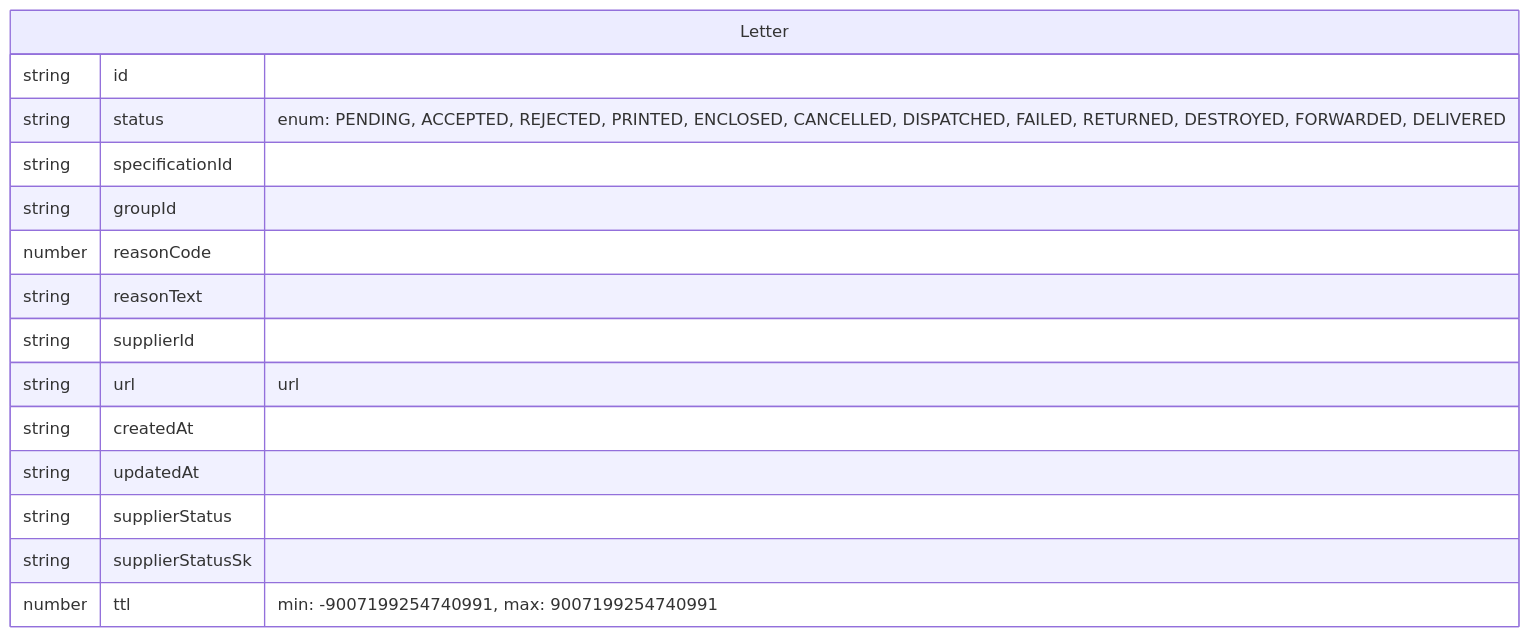
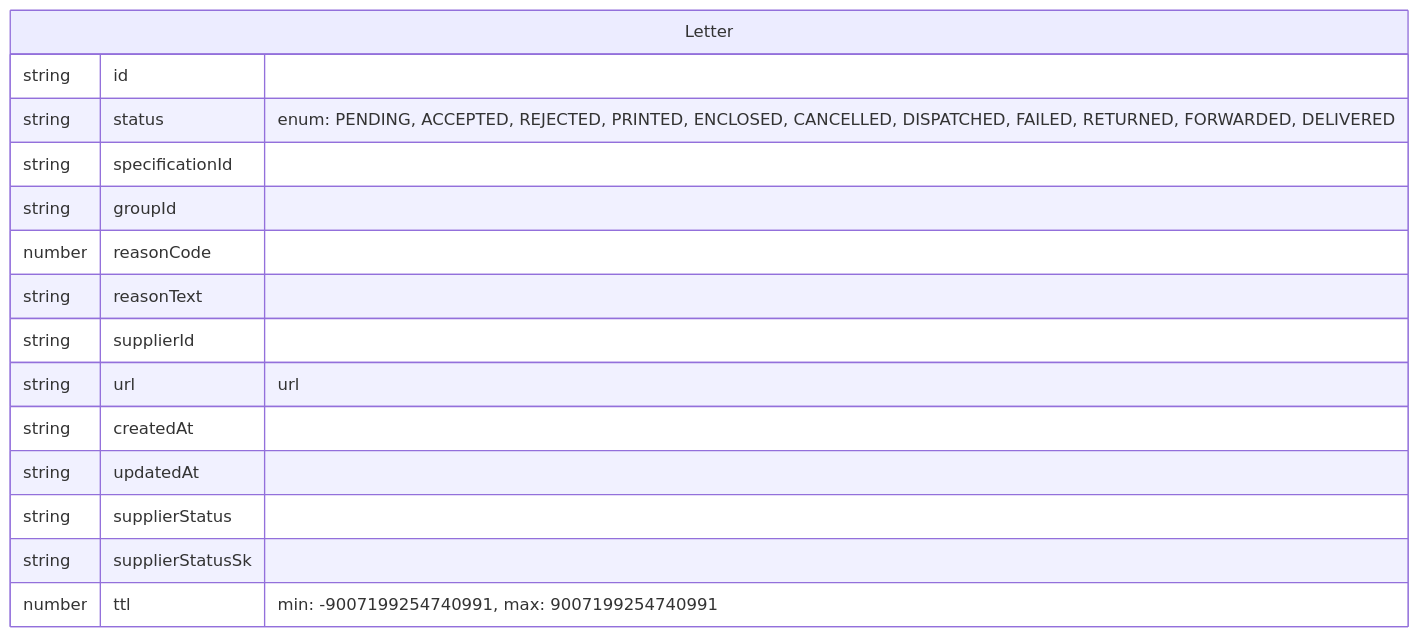
One commit to NHSDigital/nhs-notify-supplier-api changed the first of 2 diagrams in docs/assets/diagrams/types.md. Above: the diagram before and after it, drawn with Mermaid. The commit also changed other lines of this file and 6 other files, not shown here.

Commit message:
remove all references to 'DESTROYED' status

````diff
--- a/docs/assets/diagrams/types.md
+++ b/docs/assets/diagrams/types.md
@@ -9,18 +9,18 @@
 ```mermaid
 erDiagram
     Letter {
         string id
-        string status "enum: PENDING, ACCEPTED, REJECTED, PRINTED, ENCLOSED, CANCELLED, DISPATCHED, FAILED, RETURNED, DESTROYED, FORWARDED, DELIVERED"
+        string status "enum: PENDING, ACCEPTED, REJECTED, PRINTED, ENCLOSED, CANCELLED, DISPATCHED, FAILED, RETURNED, FORWARDED, DELIVERED"
         string specificationId
         string groupId
         number reasonCode
         string reasonText
         string supplierId
         string url "url"
         string createdAt
         string updatedAt
         string supplierStatus
         string supplierStatusSk
         number ttl "min: -9007199254740991, max: 9007199254740991"
     }
 ```
````
